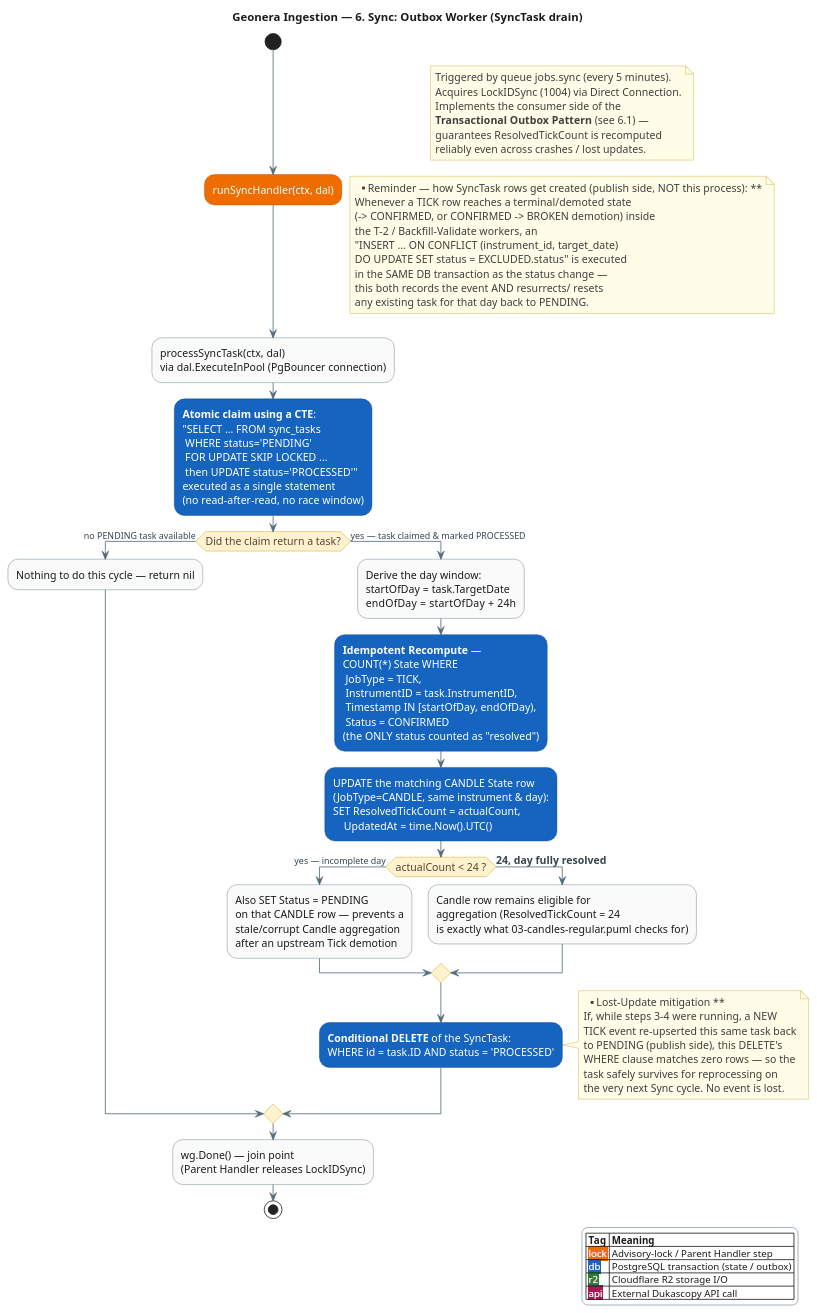
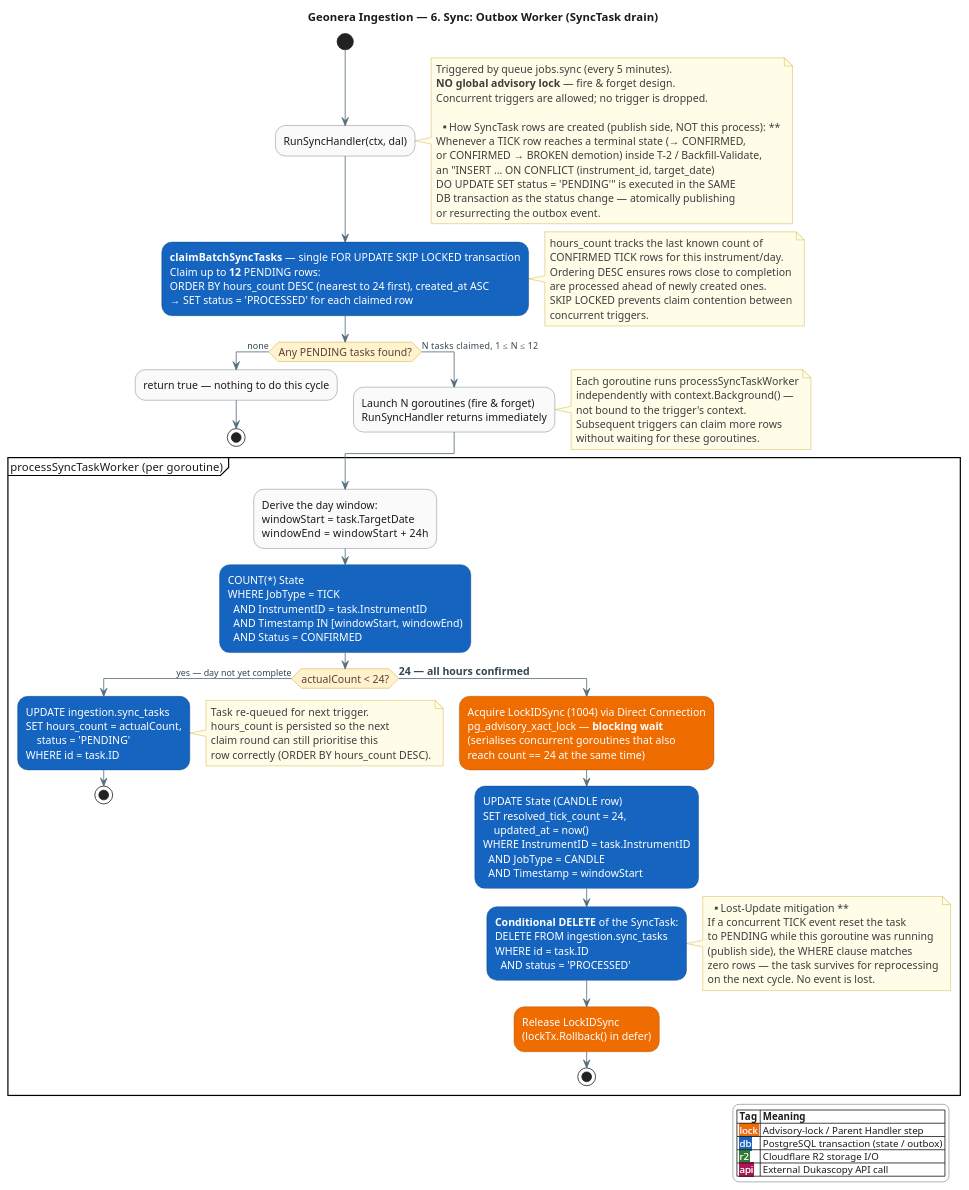
The diagram in docs/flows/06-sync-outbox.puml (sanjari-dev/geonera-ingestion), drawn with PlantUML before and after one commit. The commit also changed 14 other files, not shown here.

```diff
--- a/docs/flows/06-sync-outbox.puml
+++ b/docs/flows/06-sync-outbox.puml
@@ -1,136 +1,166 @@
 @startuml 06-sync-outbox
 title Geonera Ingestion — 6. Sync: Outbox Worker (SyncTask drain)
 skinparam backgroundColor #FFFFFF
 skinparam defaultFontColor #1B1B1B
 skinparam ArrowColor #546E7A
 skinparam ArrowFontColor #37474F
 
 skinparam activity {
   BackgroundColor #FAFAFA
   BorderColor #546E7A
   FontColor #1B1B1B
   FontSize 13
 
   BackgroundColor<<lock>> #EF6C00
   FontColor<<lock>> #FFFFFF
   BorderColor<<lock>> #A34B00
 
   BackgroundColor<<db>> #1565C0
   FontColor<<db>> #FFFFFF
   BorderColor<<db>> #0B3C78
 
   BackgroundColor<<r2>> #2E7D32
   FontColor<<r2>> #FFFFFF
   BorderColor<<r2>> #1B5E20
 
   BackgroundColor<<api>> #AD1457
   FontColor<<api>> #FFFFFF
   BorderColor<<api>> #6A0F38
 }
 
 skinparam activityDiamond {
   BackgroundColor #FFF3CD
   BorderColor #C79100
   FontColor #5D4037
 }
 
 skinparam legend {
   BackgroundColor #FFFFFF
   BorderColor #90A4AE
   FontColor #1B1B1B
   FontSize 12
   EntrySeparatorColor #CFD8DC
 }
 
 skinparam note {
   BackgroundColor #FFFDE7
   BorderColor #C9A227
   FontColor #3E3E3E
 }
 
 legend right
   |= Tag |= Meaning |
   |<back:#EF6C00><color:#FFFFFF> lock </color></back>| Advisory-lock / Parent Handler step |
   |<back:#1565C0><color:#FFFFFF> db </color></back>| PostgreSQL transaction (state / outbox) |
   |<back:#2E7D32><color:#FFFFFF> r2 </color></back>| Cloudflare R2 storage I/O |
   |<back:#AD1457><color:#FFFFFF> api </color></back>| External Dukascopy API call |
 endlegend
 
 start
-:runSyncHandler(ctx, dal);<<lock>>
+:RunSyncHandler(ctx, dal);
 note right
   Triggered by queue jobs.sync (every 5 minutes).
-  Acquires LockIDSync (1004) via Direct Connection.
-  Implements the consumer side of the
-  **Transactional Outbox Pattern** (see 6.1) —
-  guarantees ResolvedTickCount is recomputed
-  reliably even across crashes / lost updates.
+  **NO global advisory lock** — fire & forget design.
+  Concurrent triggers are allowed; no trigger is dropped.
+
+  ** How SyncTask rows are created (publish side, NOT this process): **
+  Whenever a TICK row reaches a terminal state (→ CONFIRMED,
+  or CONFIRMED → BROKEN demotion) inside T-2 / Backfill-Validate,
+  an "INSERT ... ON CONFLICT (instrument_id, target_date)
+  DO UPDATE SET status = 'PENDING'" is executed in the SAME
+  DB transaction as the status change — atomically publishing
+  or resurrecting the outbox event.
 end note
 
+:**claimBatchSyncTasks** — single FOR UPDATE SKIP LOCKED transaction
+Claim up to **12** PENDING rows:
+ORDER BY hours_count DESC (nearest to 24 first), created_at ASC
+→ SET status = 'PROCESSED' for each claimed row;<<db>>
 note right
-  ** Reminder — how SyncTask rows get created (publish side, NOT this process): **
-  Whenever a TICK row reaches a terminal/demoted state
-  (-> CONFIRMED, or CONFIRMED -> BROKEN demotion) inside
-  the T-2 / Backfill-Validate workers, an
-  "INSERT ... ON CONFLICT (instrument_id, target_date)
-  DO UPDATE SET status = EXCLUDED.status" is executed
-  in the SAME DB transaction as the status change —
-  this both records the event AND resurrects/ resets
-  any existing task for that day back to PENDING.
+  hours_count tracks the last known count of
+  CONFIRMED TICK rows for this instrument/day.
+  Ordering DESC ensures rows close to completion
+  are processed ahead of newly created ones.
+  SKIP LOCKED prevents claim contention between
+  concurrent triggers.
 end note
 
-:processSyncTask(ctx, dal)
-via dal.ExecuteInPool (PgBouncer connection);
-:**Atomic claim using a CTE**:
-"SELECT ... FROM sync_tasks
- WHERE status='PENDING'
- FOR UPDATE SKIP LOCKED ...
- then UPDATE status='PROCESSED'"
-executed as a single statement
-(no read-after-read, no race window);<<db>>
-
-if (Did the claim return a task?) then (no PENDING task available)
-  :Nothing to do this cycle — return nil;
-else (yes — task claimed & marked PROCESSED)
-  :Derive the day window:
-  startOfDay = task.TargetDate
-  endOfDay   = startOfDay + 24h;
-  :**Idempotent Recompute** —
-  COUNT(*) State WHERE
-   JobType = TICK,
-   InstrumentID = task.InstrumentID,
-   Timestamp IN [startOfDay, endOfDay),
-   Status = CONFIRMED
-  (the ONLY status counted as "resolved");<<db>>
-  :UPDATE the matching CANDLE State row
-  (JobType=CANDLE, same instrument & day):
-  SET ResolvedTickCount = actualCount,
-      UpdatedAt = time.Now().UTC();<<db>>
-  if (actualCount < 24 ?) then (yes — incomplete day)
-    :Also SET Status = PENDING
-    on that CANDLE row — prevents a
-    stale/corrupt Candle aggregation
-    after an upstream Tick demotion;
-  else (== 24, day fully resolved)
-    :Candle row remains eligible for
-    aggregation (ResolvedTickCount = 24
-    is exactly what 03-candles-regular.puml checks for);
-  endif
-  :**Conditional DELETE** of the SyncTask:
-  WHERE id = task.ID AND status = 'PROCESSED';<<db>>
+if (Any PENDING tasks found?) then (none)
+  :return true — nothing to do this cycle;
+  stop
+else (N tasks claimed, 1 ≤ N ≤ 12)
+  :Launch N goroutines (fire & forget)
+  RunSyncHandler returns immediately;
   note right
-    ** Lost-Update mitigation **
-    If, while steps 3-4 were running, a NEW
-    TICK event re-upserted this same task back
-    to PENDING (publish side), this DELETE's
-    WHERE clause matches zero rows — so the
-    task safely survives for reprocessing on
-    the very next Sync cycle. No event is lost.
+    Each goroutine runs processSyncTaskWorker
+    independently with context.Background() —
+    not bound to the trigger's context.
+    Subsequent triggers can claim more rows
+    without waiting for these goroutines.
   end note
 endif
 
-:wg.Done() — join point
-(Parent Handler releases LockIDSync);
-stop
+' ─────────────────────────────────────────────────────────────
+' GOROUTINE BODY — processSyncTaskWorker (one per claimed task)
+' ─────────────────────────────────────────────────────────────
+
+partition "processSyncTaskWorker (per goroutine)" {
+
+  :Derive the day window:
+  windowStart = task.TargetDate
+  windowEnd   = windowStart + 24h;
+
+  ' ── Step 1: count (no advisory lock needed) ──
+  :COUNT(*) State
+  WHERE JobType = TICK
+    AND InstrumentID = task.InstrumentID
+    AND Timestamp IN [windowStart, windowEnd)
+    AND Status = CONFIRMED;<<db>>
+
+  if (actualCount < 24?) then (yes — day not yet complete)
+    :UPDATE ingestion.sync_tasks
+    SET hours_count = actualCount,
+        status = 'PENDING'
+    WHERE id = task.ID;<<db>>
+    note right
+      Task re-queued for next trigger.
+      hours_count is persisted so the next
+      claim round can still prioritise this
+      row correctly (ORDER BY hours_count DESC).
+    end note
+    stop
+  else (== 24 — all hours confirmed)
+    ' ── Step 2: management lock + candle finalisation ──
+    :Acquire LockIDSync (1004) via Direct Connection
+    pg_advisory_xact_lock — **blocking wait**
+    (serialises concurrent goroutines that also
+    reach count == 24 at the same time);<<lock>>
+
+    :UPDATE State (CANDLE row)
+    SET resolved_tick_count = 24,
+        updated_at = now()
+    WHERE InstrumentID = task.InstrumentID
+      AND JobType = CANDLE
+      AND Timestamp = windowStart;<<db>>
+
+    :**Conditional DELETE** of the SyncTask:
+    DELETE FROM ingestion.sync_tasks
+    WHERE id = task.ID
+      AND status = 'PROCESSED';<<db>>
+    note right
+      ** Lost-Update mitigation **
+      If a concurrent TICK event reset the task
+      to PENDING while this goroutine was running
+      (publish side), the WHERE clause matches
+      zero rows — the task survives for reprocessing
+      on the next cycle. No event is lost.
+    end note
+
+    :Release LockIDSync
+    (lockTx.Rollback() in defer);<<lock>>
+    stop
+  endif
+
+}
 
 @enduml
```
